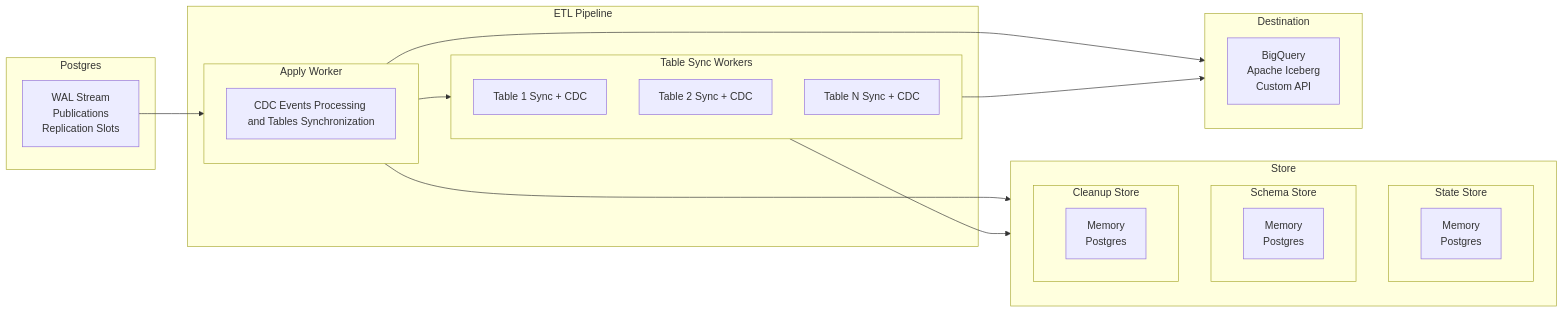
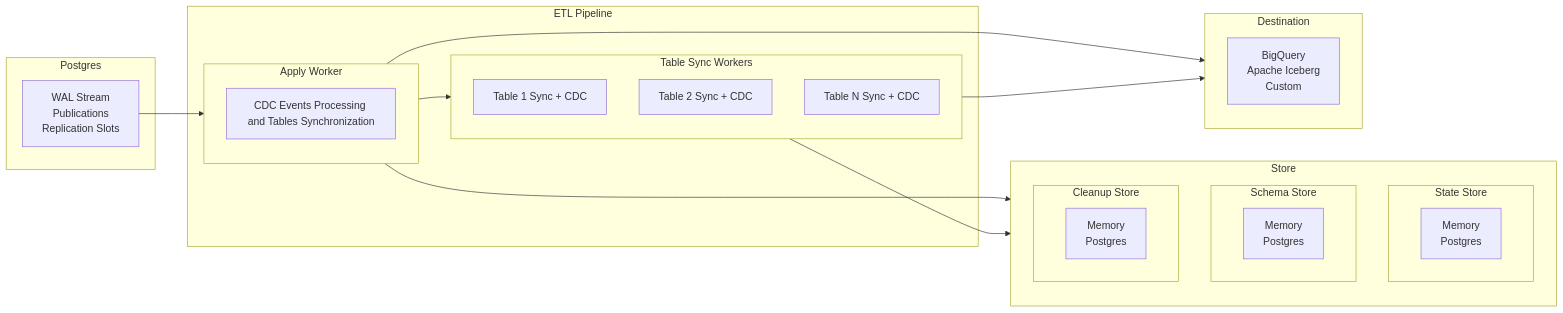
The diagram in docs/explanation/architecture.md (supabase/etl), drawn with Mermaid before and after one commit. The commit also changed 1 other file, not shown here.

````diff
--- a/docs/explanation/architecture.md
+++ b/docs/explanation/architecture.md
@@ -9,45 +9,45 @@
 ```mermaid
 flowchart LR
     subgraph Postgres
         A["WAL Stream<br>Publications<br>Replication Slots"]
     end
 
     subgraph ETL_Pipeline[ETL Pipeline]
         subgraph ApplyWorker[Apply Worker]
             B1["CDC Events Processing and Tables Synchronization"]
         end
 
         subgraph TableSyncWorkers[Table Sync Workers]
             B2["Table 1 Sync + CDC"]
             B3["Table 2 Sync + CDC"]
             B4["Table N Sync + CDC"]
         end
     end
 
     subgraph Destination[Destination]
-        Dest["BigQuery<br>Apache Iceberg<br>Custom API"]
+        Dest["BigQuery<br>Apache Iceberg<br>Custom"]
     end
 
     subgraph Store[Store]
         subgraph StateStore[State Store]
             D1["Memory<br>Postgres"]
         end
 
         subgraph SchemaStore[Schema Store]
             D2["Memory<br>Postgres"]
         end
 
         subgraph CleanupStore[Cleanup Store]
             D3["Memory<br>Postgres"]
         end
     end
 
     A --> ApplyWorker
     ApplyWorker --> TableSyncWorkers
 
     ApplyWorker --> Destination
     TableSyncWorkers --> Destination
 
     ApplyWorker --> Store
     TableSyncWorkers --> Store
 ```
````
